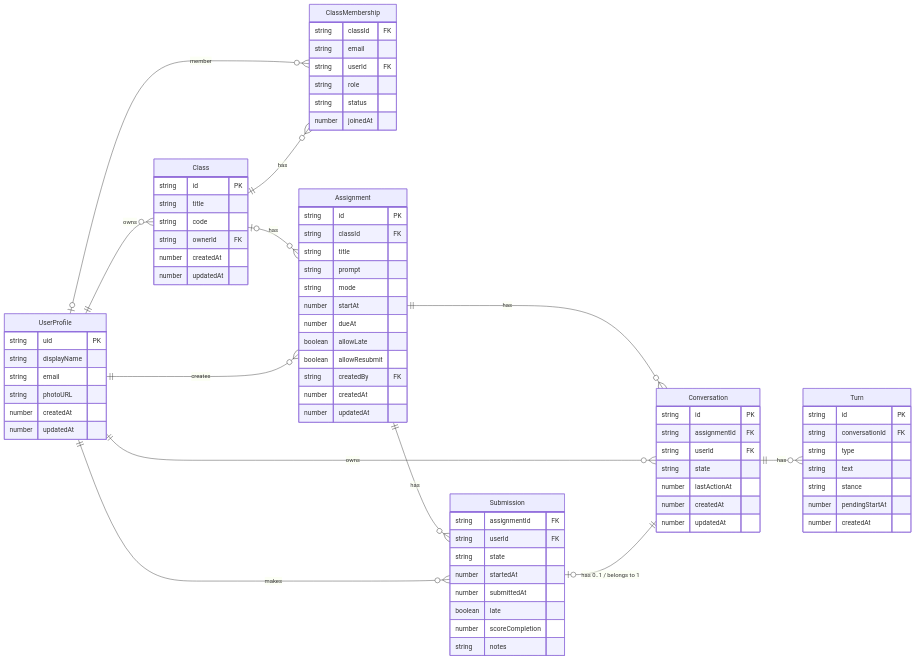
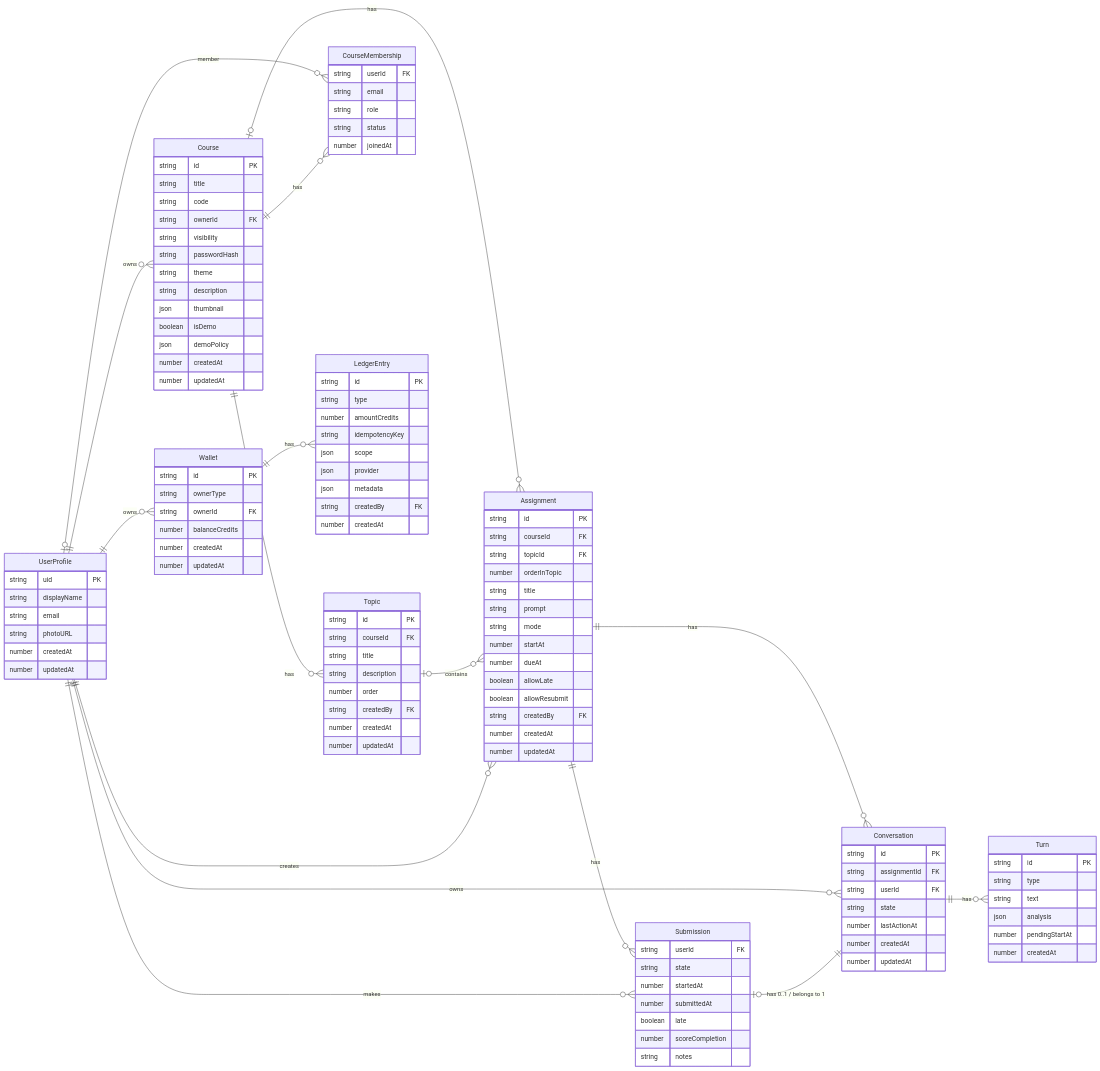
One commit to JacobLinCool/mentora changed the diagram in packages/firebase/README.md. Above: the diagram before and after it, drawn with Mermaid. The commit also changed other lines of this file and 74 other files, not shown here.

Commit message:
refactor: extract API logic into a new `mentora-api` package and update Firebase schemas

````diff
--- a/packages/firebase/README.md
+++ b/packages/firebase/README.md
@@ -17,19 +17,36 @@
     number updatedAt
   }
 
-  "Class" {
+  Course {
     string id PK
     string title
     string code
     string ownerId FK
+    string visibility
+    string passwordHash
+    string theme
+    string description
+    json thumbnail
+    boolean isDemo
+    json demoPolicy
     number createdAt
     number updatedAt
   }
 
-  ClassMembership {
-    string classId FK
+  Topic {
+    string id PK
+    string courseId FK
+    string title
+    string description
+    number order
+    string createdBy FK
+    number createdAt
+    number updatedAt
+  }
+
+  CourseMembership {
+    string userId FK
     string email
-    string userId FK
     string role
     string status
     number joinedAt
@@ -37,7 +54,9 @@
 
   Assignment {
     string id PK
-    string classId FK
+    string courseId FK
+    string topicId FK
+    number orderInTopic
     string title
     string prompt
     string mode
@@ -62,16 +81,14 @@
 
   Turn {
     string id PK
-    string conversationId FK
     string type
     string text
-    string stance
+    json analysis
     number pendingStartAt
     number createdAt
   }
 
   Submission {
-    string assignmentId FK
     string userId FK
     string state
     number startedAt
@@ -79,14 +96,38 @@
     boolean late
     number scoreCompletion
     string notes
-    %% PK (assignmentId, userId)
+    %% subcollection of assignments/{assignmentId}
   }
 
-  UserProfile ||--o{ "Class" : "owns"
-  UserProfile |o--o{ ClassMembership : "member"
-  "Class" ||--o{ ClassMembership : "has"
+  Wallet {
+    string id PK
+    string ownerType
+    string ownerId FK
+    number balanceCredits
+    number createdAt
+    number updatedAt
+  }
 
-  "Class" |o--o{ Assignment : "has"
+  LedgerEntry {
+    string id PK
+    string type
+    number amountCredits
+    string idempotencyKey
+    json scope
+    json provider
+    json metadata
+    string createdBy FK
+    number createdAt
+    %% subcollection of wallets/{walletId}
+  }
+
+  UserProfile ||--o{ Course : "owns"
+  UserProfile |o--o{ CourseMembership : "member"
+  Course ||--o{ CourseMembership : "has"
+  Course ||--o{ Topic : "has"
+
+  Course |o--o{ Assignment : "has"
+  Topic |o--o{ Assignment : "contains"
   Assignment ||--o{ Submission : "has"
   Assignment ||--o{ Conversation : "has"
   Conversation ||--o{ Turn : "has"
@@ -94,6 +135,8 @@
   UserProfile ||--o{ Submission : "makes"
   UserProfile ||--o{ Assignment : "creates"
   UserProfile ||--o{ Conversation : "owns"
+  UserProfile ||--o{ Wallet : "owns"
+  Wallet ||--o{ LedgerEntry : "has"
 
   Submission |o--|| Conversation : "has 0..1 / belongs to 1"
 ```
````
